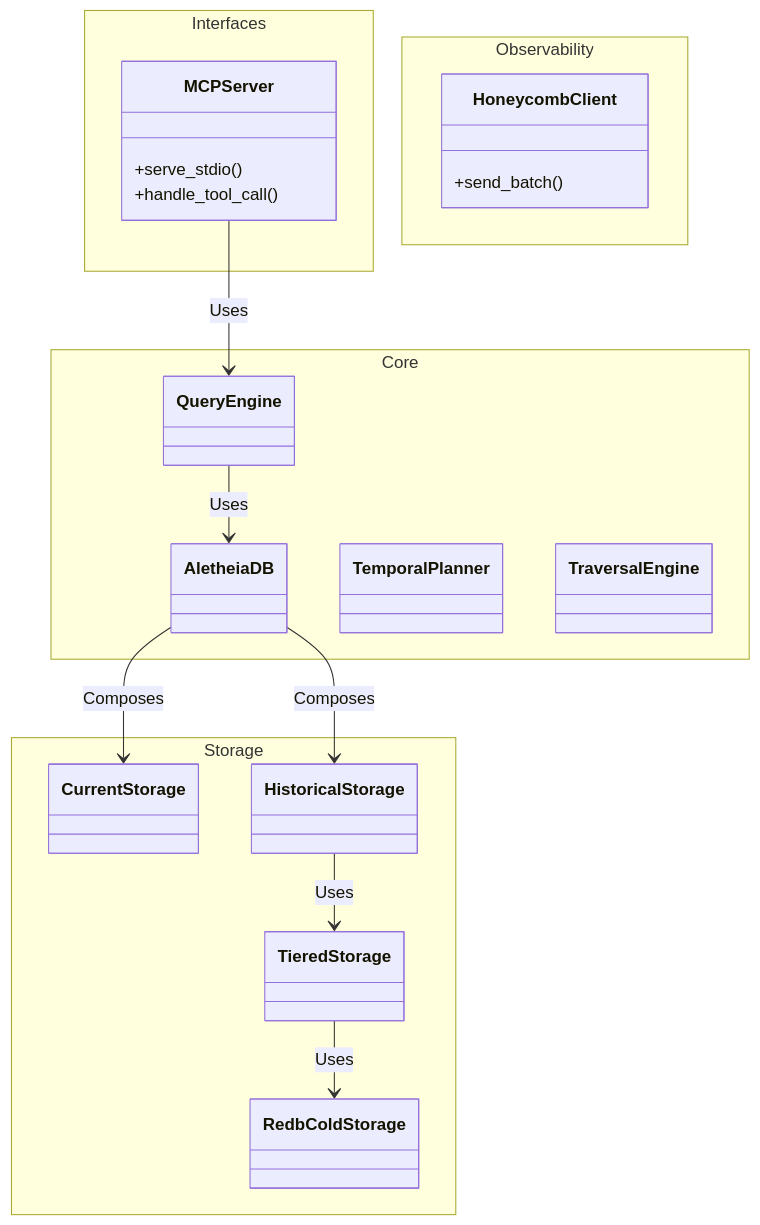
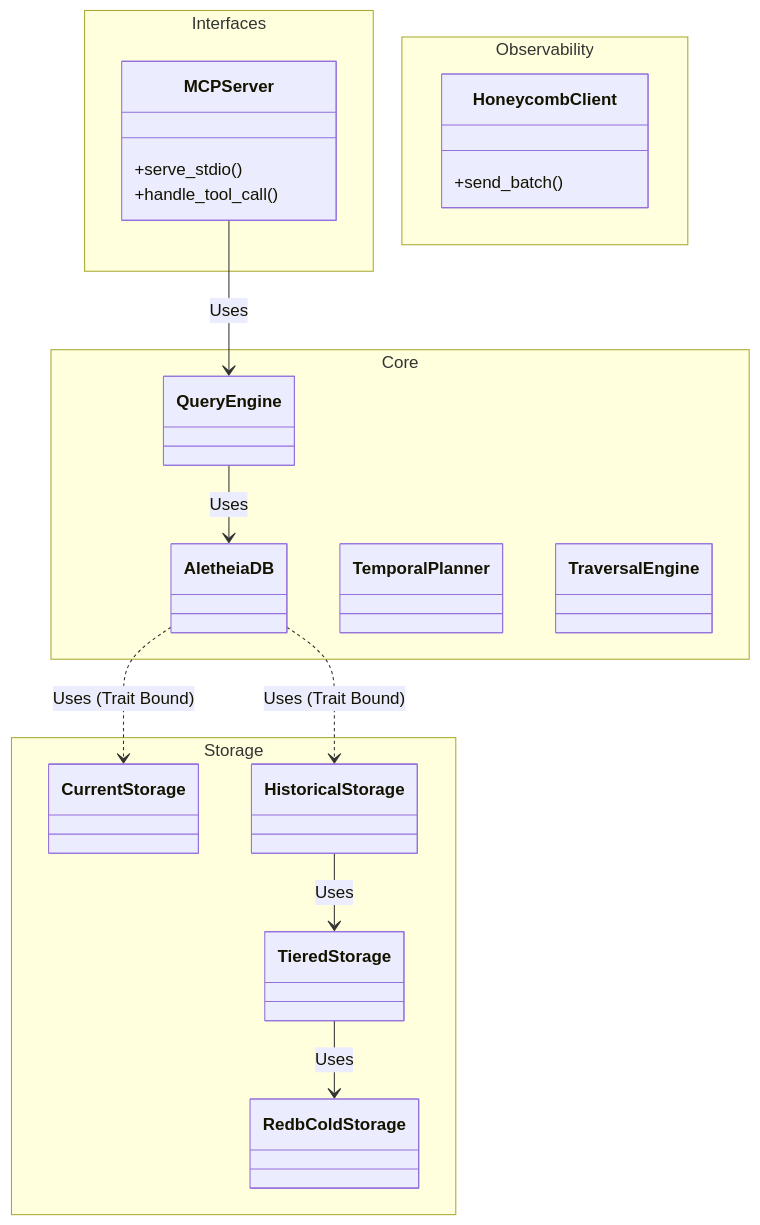
One commit to autumn-foundation/AletheiaDB changed the second of 28 diagrams in docs/ARCHITECTURE.md. Above: the diagram before and after it, drawn with Mermaid. The commit also changed 1 other file, not shown here.

Commit message:
docs: update ADR-0027 and Architecture diagrams for storage decoupling
- Update `docs/adr/0027-decouple-storage-from-core.md` to include a Mermaid class diagram illustrating the trait-based decoupling.
- Update `docs/ARCHITECTURE.md` to reflect the `Core --> Storage : Uses (Trait Bound)` relationship, replacing direct composition arrows.
- Ensure architectural transparency as per Codex guidelines.

````diff
--- a/docs/ARCHITECTURE.md
+++ b/docs/ARCHITECTURE.md
@@ -78,33 +78,34 @@
 ```mermaid
 classDiagram
     namespace Interfaces {
         class MCPServer {
             +serve_stdio()
             +handle_tool_call()
         }
     }
     namespace Core {
         class AletheiaDB
         class QueryEngine
         class TemporalPlanner
         class TraversalEngine
     }
     namespace Storage {
         class CurrentStorage
         class HistoricalStorage
         class TieredStorage
         class RedbColdStorage
     }
     namespace Observability {
         class HoneycombClient {
             +send_batch()
         }
     }
 
     MCPServer --> QueryEngine : Uses
     QueryEngine --> AletheiaDB : Uses
-    AletheiaDB --> CurrentStorage : Composes
-    AletheiaDB --> HistoricalStorage : Composes
+    AletheiaDB ..> CurrentStorage : Uses (Trait Bound)
+    AletheiaDB ..> HistoricalStorage : Uses (Trait Bound)
+    %% Removed the circular dependency arrow
     HistoricalStorage --> TieredStorage : Uses
     TieredStorage --> RedbColdStorage : Uses
 ```
````
